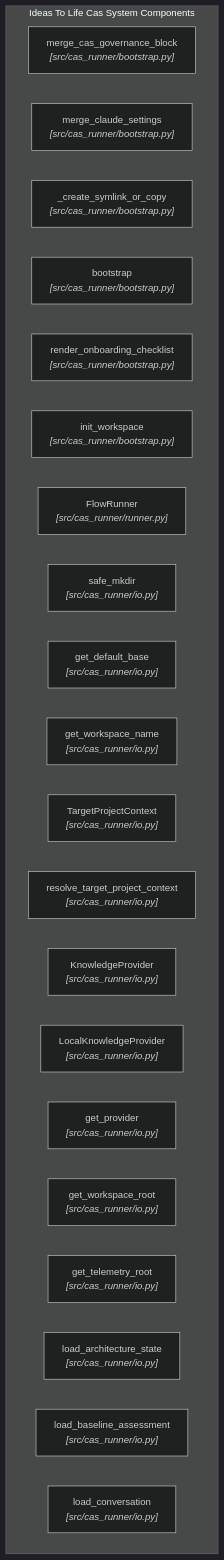
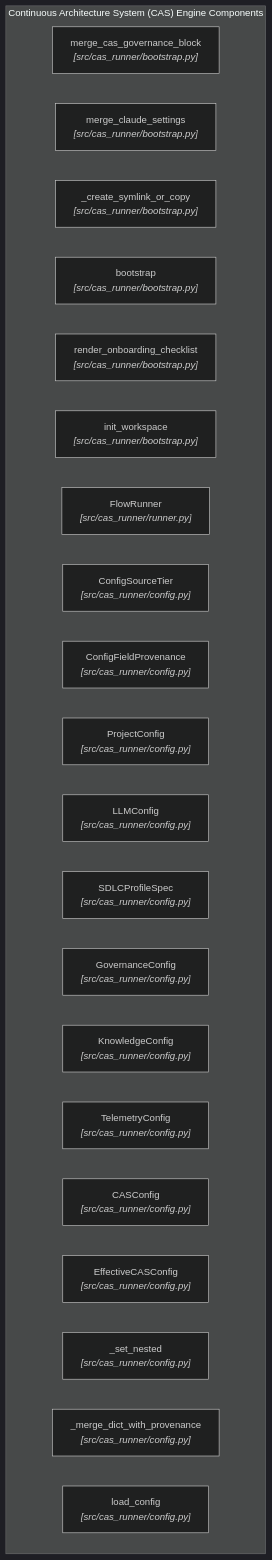
One commit to cas-governance-portal/cas-governance-portal.github.io changed the diagram in projects/ideas-to-life-cas/architecture-state/diagrams/components.mmd. Above: the diagram before and after it, drawn with Mermaid (dark theme). The commit also changed 35 other files, not shown here.

Commit message:
deploy: ideas-to-life/ideas-to-life-cas@b27964529c842ffedd2882236c0712c2127a5854

```diff
--- a/projects/ideas-to-life-cas/architecture-state/diagrams/components.mmd
+++ b/projects/ideas-to-life-cas/architecture-state/diagrams/components.mmd
@@ -1,23 +1,23 @@
 flowchart TD
-    subgraph Components["Ideas To Life Cas System Components"]
+    subgraph Components["Continuous Architecture System (CAS) Engine Components"]
         comp_merge_cas_governance_block["merge_cas_governance_block<br/><i>[src/cas_runner/bootstrap.py]</i>"]
         comp_merge_claude_settings["merge_claude_settings<br/><i>[src/cas_runner/bootstrap.py]</i>"]
         comp__create_symlink_or_copy["_create_symlink_or_copy<br/><i>[src/cas_runner/bootstrap.py]</i>"]
         comp_bootstrap["bootstrap<br/><i>[src/cas_runner/bootstrap.py]</i>"]
         comp_render_onboarding_checklist["render_onboarding_checklist<br/><i>[src/cas_runner/bootstrap.py]</i>"]
         comp_init_workspace["init_workspace<br/><i>[src/cas_runner/bootstrap.py]</i>"]
         comp_flowrunner["FlowRunner<br/><i>[src/cas_runner/runner.py]</i>"]
-        comp_safe_mkdir["safe_mkdir<br/><i>[src/cas_runner/io.py]</i>"]
-        comp_get_default_base["get_default_base<br/><i>[src/cas_runner/io.py]</i>"]
-        comp_get_workspace_name["get_workspace_name<br/><i>[src/cas_runner/io.py]</i>"]
-        comp_targetprojectcontext["TargetProjectContext<br/><i>[src/cas_runner/io.py]</i>"]
-        comp_resolve_target_project_context["resolve_target_project_context<br/><i>[src/cas_runner/io.py]</i>"]
-        comp_knowledgeprovider["KnowledgeProvider<br/><i>[src/cas_runner/io.py]</i>"]
-        comp_localknowledgeprovider["LocalKnowledgeProvider<br/><i>[src/cas_runner/io.py]</i>"]
-        comp_get_provider["get_provider<br/><i>[src/cas_runner/io.py]</i>"]
-        comp_get_workspace_root["get_workspace_root<br/><i>[src/cas_runner/io.py]</i>"]
-        comp_get_telemetry_root["get_telemetry_root<br/><i>[src/cas_runner/io.py]</i>"]
-        comp_load_architecture_state["load_architecture_state<br/><i>[src/cas_runner/io.py]</i>"]
-        comp_load_baseline_assessment["load_baseline_assessment<br/><i>[src/cas_runner/io.py]</i>"]
-        comp_load_conversation["load_conversation<br/><i>[src/cas_runner/io.py]</i>"]
+        comp_configsourcetier["ConfigSourceTier<br/><i>[src/cas_runner/config.py]</i>"]
+        comp_configfieldprovenance["ConfigFieldProvenance<br/><i>[src/cas_runner/config.py]</i>"]
+        comp_projectconfig["ProjectConfig<br/><i>[src/cas_runner/config.py]</i>"]
+        comp_llmconfig["LLMConfig<br/><i>[src/cas_runner/config.py]</i>"]
+        comp_sdlcprofilespec["SDLCProfileSpec<br/><i>[src/cas_runner/config.py]</i>"]
+        comp_governanceconfig["GovernanceConfig<br/><i>[src/cas_runner/config.py]</i>"]
+        comp_knowledgeconfig["KnowledgeConfig<br/><i>[src/cas_runner/config.py]</i>"]
+        comp_telemetryconfig["TelemetryConfig<br/><i>[src/cas_runner/config.py]</i>"]
+        comp_casconfig["CASConfig<br/><i>[src/cas_runner/config.py]</i>"]
+        comp_effectivecasconfig["EffectiveCASConfig<br/><i>[src/cas_runner/config.py]</i>"]
+        comp__set_nested["_set_nested<br/><i>[src/cas_runner/config.py]</i>"]
+        comp__merge_dict_with_provenance["_merge_dict_with_provenance<br/><i>[src/cas_runner/config.py]</i>"]
+        comp_load_config["load_config<br/><i>[src/cas_runner/config.py]</i>"]
     end
```
